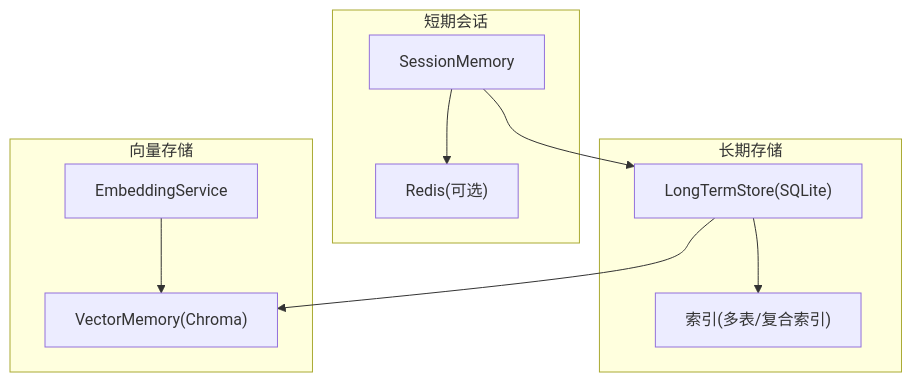
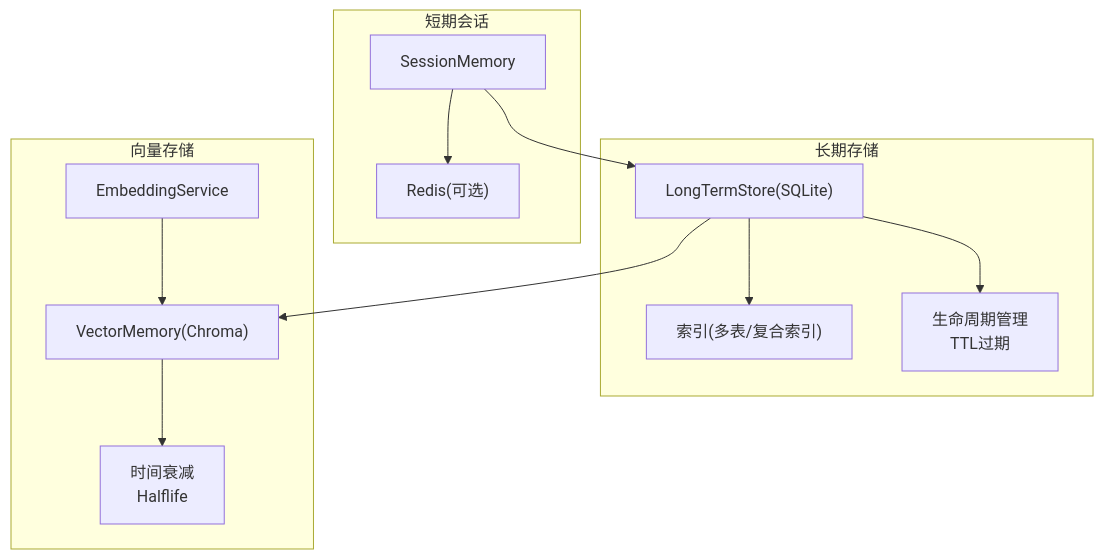
The second of 8 diagrams in .qoder/repowiki/zh/content/后端服务/内存管理系统/内存管理系统.md (Moon-Force/DouYin_llm), drawn with Mermaid before and after one commit. The commit also changed other lines of this file and 34 other files, not shown here.

````diff
--- a/.qoder/repowiki/zh/content/后端服务/内存管理系统/内存管理系统.md
+++ b/.qoder/repowiki/zh/content/后端服务/内存管理系统/内存管理系统.md
@@ -102,20 +118,24 @@
 ```mermaid
 graph TB
 subgraph "短期会话"
 SM["SessionMemory"]
 REDIS["Redis(可选)"]
 end
 subgraph "长期存储"
 LTS["LongTermStore(SQLite)"]
 IDX["索引(多表/复合索引)"]
+LC["生命周期管理<br/>TTL过期"]
 end
 subgraph "向量存储"
 VM["VectorMemory(Chroma)"]
 ES["EmbeddingService"]
+DECAY["时间衰减<br/>Halflife"]
 end
 SM --> REDIS
 SM --> LTS
 LTS --> IDX
+LTS --> LC
 LTS --> VM
 ES --> VM
+VM --> DECAY
 ```
````
